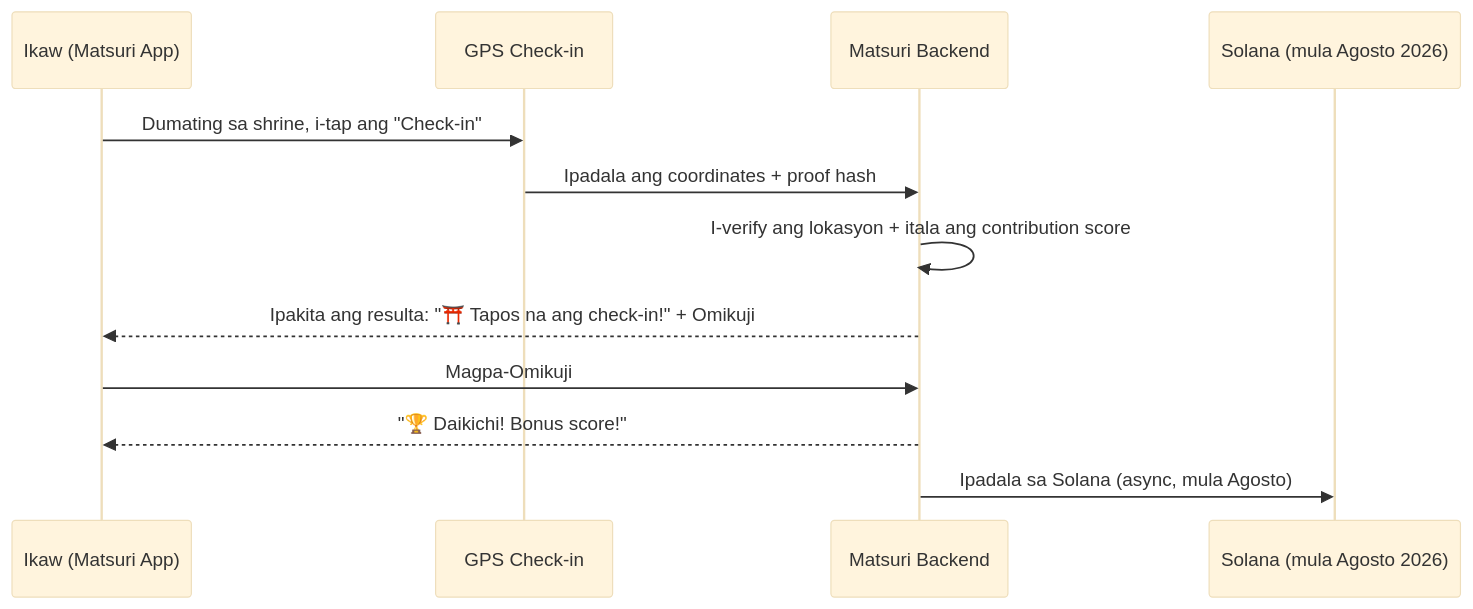
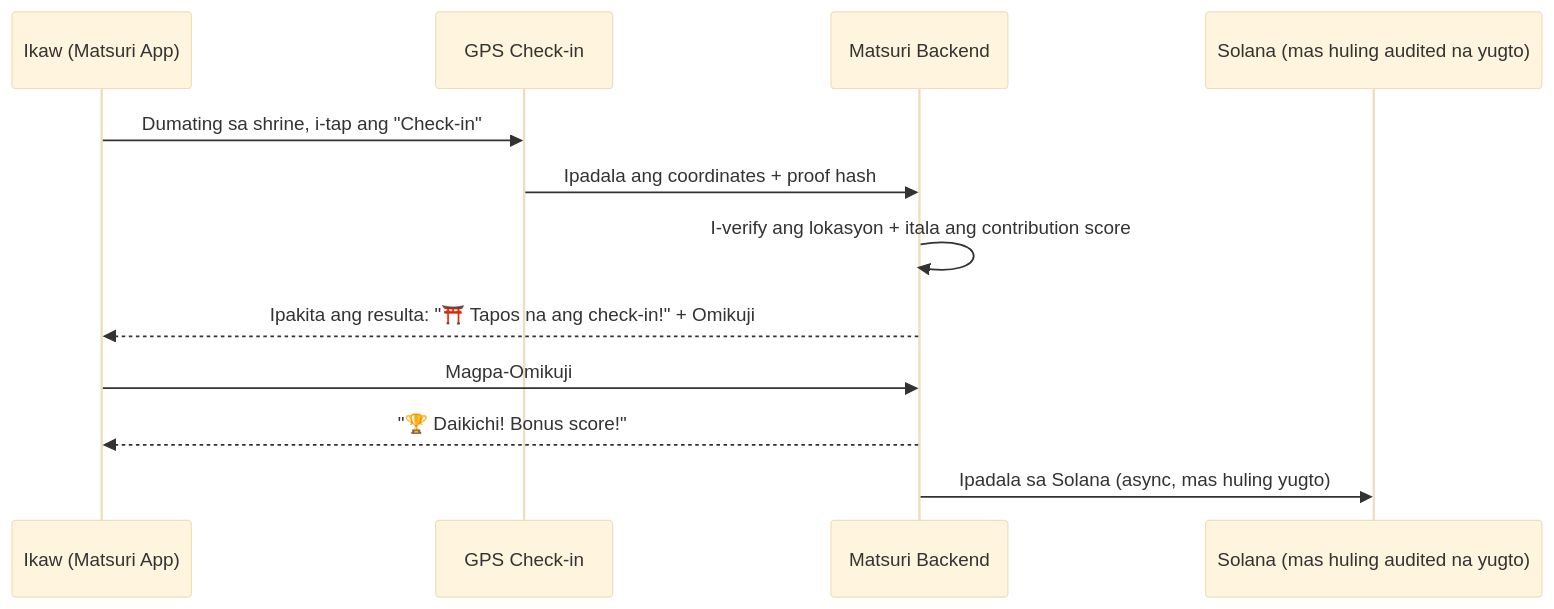
The third of 4 diagrams in i18n/fil/docusaurus-plugin-content-docs/current/04-mining.md (Cootakahashi/matsuri-dao-whitepaper), drawn with Mermaid (base theme) before and after one commit. The commit also changed other lines of this file and 79 other files, not shown here.

First line of the commit message:
docs: re-sequence on-chain roadmap to match the staged Hashlock audit (20 locales)

````diff
--- a/i18n/fil/docusaurus-plugin-content-docs/current/04-mining.md
+++ b/i18n/fil/docusaurus-plugin-content-docs/current/04-mining.md
@@ -109,15 +109,15 @@
 ```mermaid
 sequenceDiagram
     participant U as Ikaw (Matsuri App)
     participant GPS as GPS Check-in
     participant API as Matsuri Backend
-    participant SC as Solana (mula Agosto 2026)
+    participant SC as Solana (mas huling audited na yugto)
 
     U->>GPS: Dumating sa shrine, i-tap ang "Check-in"
     GPS->>API: Ipadala ang coordinates + proof hash
     API->>API: I-verify ang lokasyon + itala ang contribution score
     API-->>U: Ipakita ang resulta: "⛩️ Tapos na ang check-in!" + Omikuji
     U->>API: Magpa-Omikuji
     API-->>U: "🏆 Daikichi! Bonus score!"
-    API->>SC: Ipadala sa Solana (async, mula Agosto)
+    API->>SC: Ipadala sa Solana (async, mas huling yugto)
 ```
````
